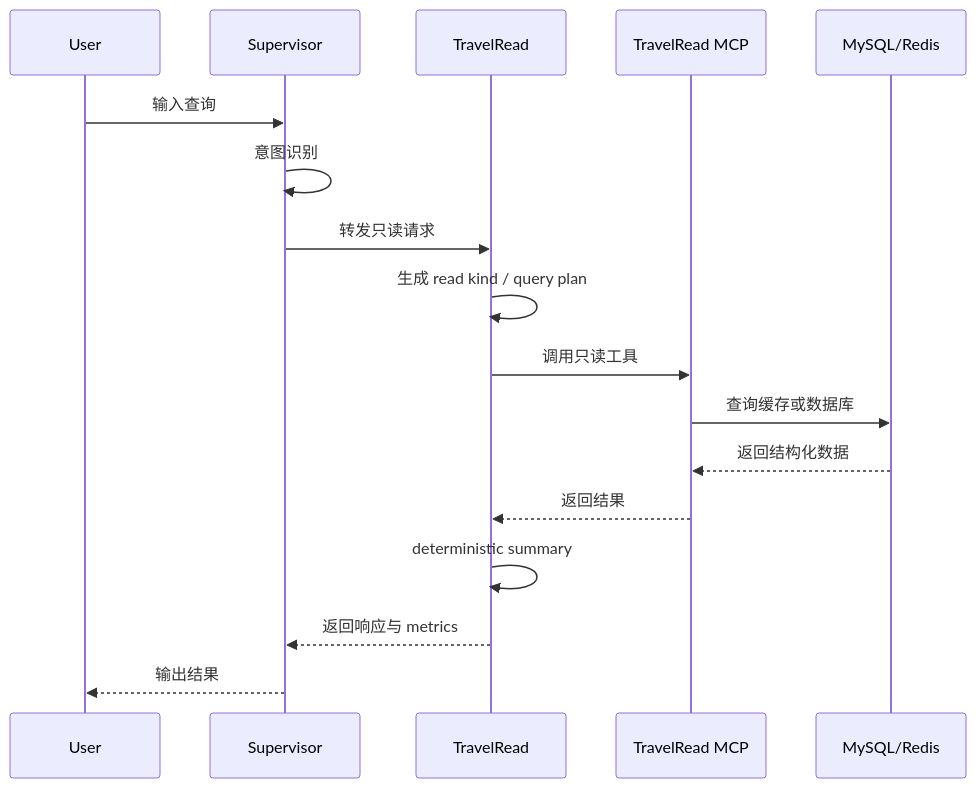
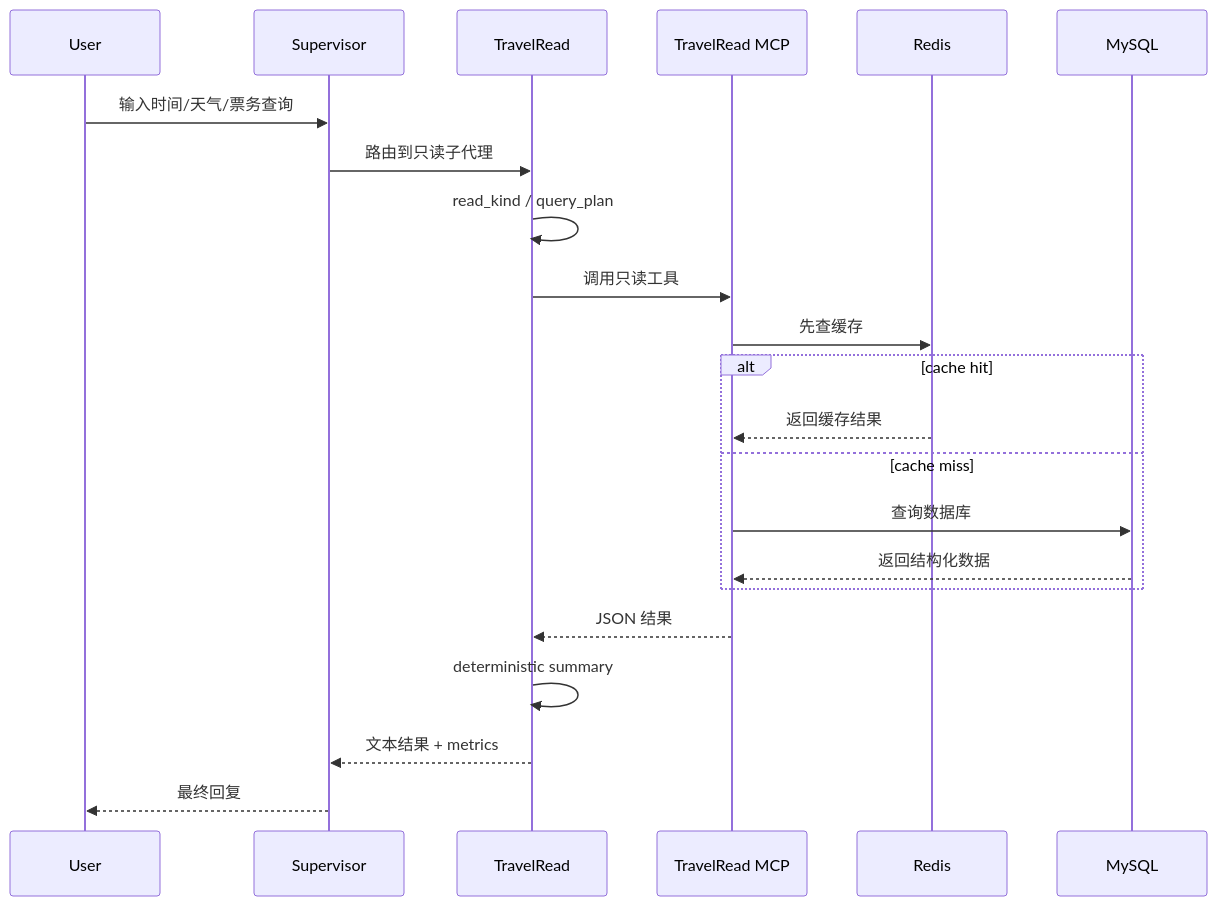
The second of 4 diagrams in docs/ARCHITECTURE.md (eastboat2001/SmartVoyage), drawn with Mermaid before and after one commit. The commit also changed other lines of this file and 16 other files, not shown here.

````diff
--- a/docs/ARCHITECTURE.md
+++ b/docs/ARCHITECTURE.md
@@ -185,20 +235,25 @@
 ```mermaid
 sequenceDiagram
     participant User
     participant Supervisor
     participant TravelRead
     participant MCP as TravelRead MCP
-    participant DB as MySQL/Redis
+    participant Cache as Redis
+    participant DB as MySQL
 
-    User->>Supervisor: 输入查询
-    Supervisor->>Supervisor: 意图识别
-    Supervisor->>TravelRead: 转发只读请求
-    TravelRead->>TravelRead: 生成 read kind / query plan
+    User->>Supervisor: 输入时间/天气/票务查询
+    Supervisor->>TravelRead: 路由到只读子代理
+    TravelRead->>TravelRead: read_kind / query_plan
     TravelRead->>MCP: 调用只读工具
-    MCP->>DB: 查询缓存或数据库
-    DB-->>MCP: 返回结构化数据
-    MCP-->>TravelRead: 返回结果
+    MCP->>Cache: 先查缓存
+    alt cache hit
+        Cache-->>MCP: 返回缓存结果
+    else cache miss
+        MCP->>DB: 查询数据库
+        DB-->>MCP: 返回结构化数据
+    end
+    MCP-->>TravelRead: JSON 结果
     TravelRead->>TravelRead: deterministic summary
-    TravelRead-->>Supervisor: 返回响应与 metrics
-    Supervisor-->>User: 输出结果
+    TravelRead-->>Supervisor: 文本结果 + metrics
+    Supervisor-->>User: 最终回复
 ```
````
